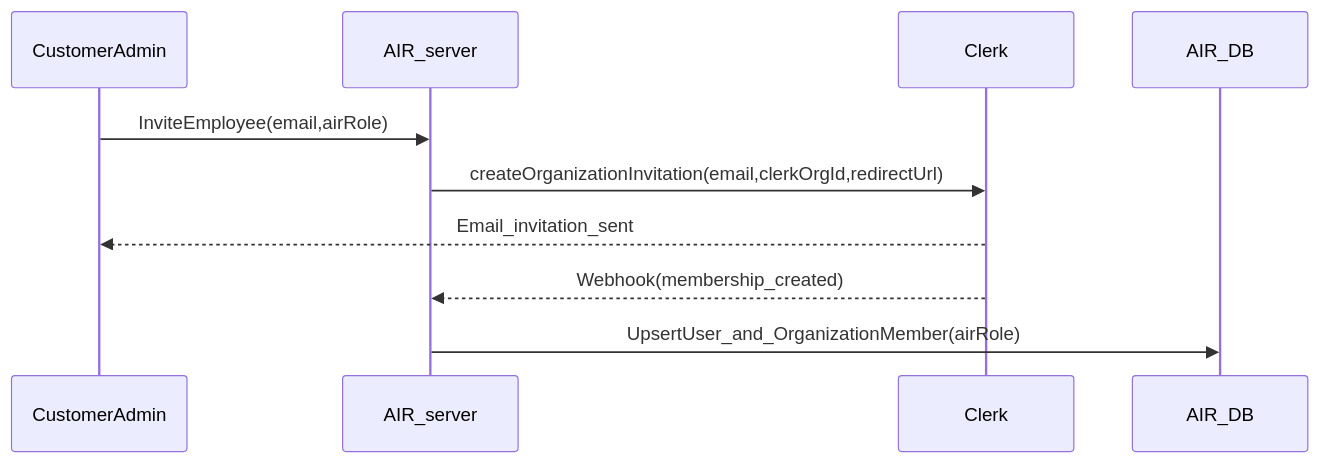
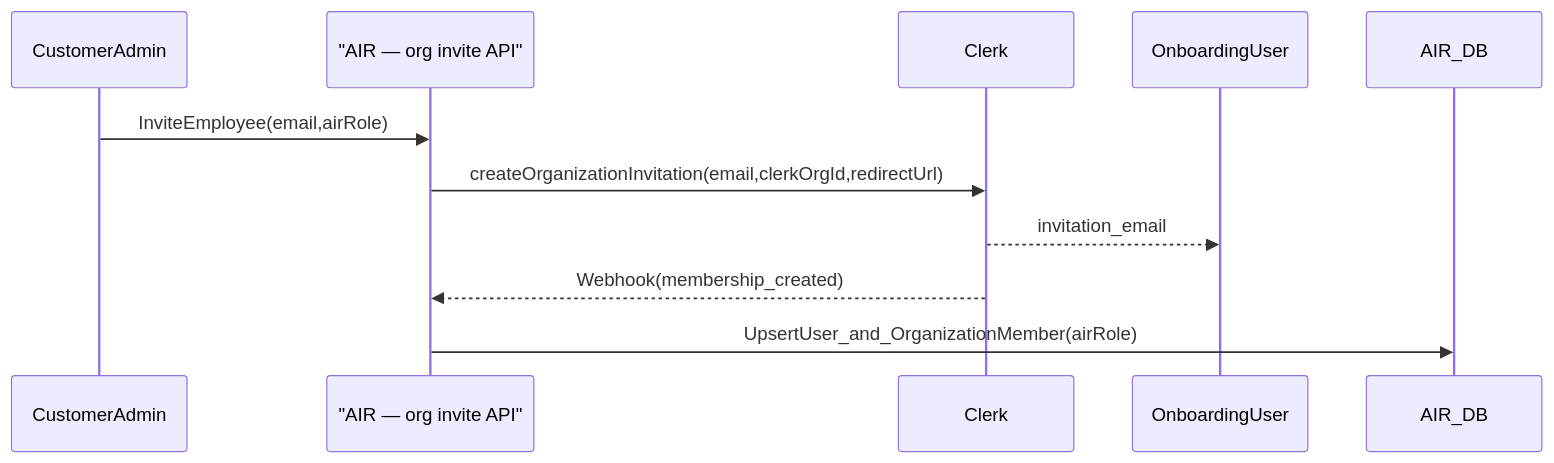
The second of 3 diagrams in docs/system-architecture.md (kworam-self/AIR), drawn with Mermaid before and after one commit. The commit also changed other lines of this file and 1 other file, not shown here.

First line of the commit message:
docs: expand system architecture and roadmap alignment

````diff
--- a/docs/system-architecture.md
+++ b/docs/system-architecture.md
@@ -85,13 +101,14 @@
 ```mermaid
 sequenceDiagram
   participant Admin as CustomerAdmin
-  participant AIR as AIR_server
+  participant AIR as "AIR — org invite API"
   participant Clerk as Clerk
+  participant Invitee as OnboardingUser
   participant DB as AIR_DB
 
   Admin->>AIR: InviteEmployee(email,airRole)
   AIR->>Clerk: createOrganizationInvitation(email,clerkOrgId,redirectUrl)
-  Clerk-->>Admin: Email_invitation_sent
+  Clerk-->>Invitee: invitation_email
   Clerk-->>AIR: Webhook(membership_created)
   AIR->>DB: UpsertUser_and_OrganizationMember(airRole)
 ```
````
